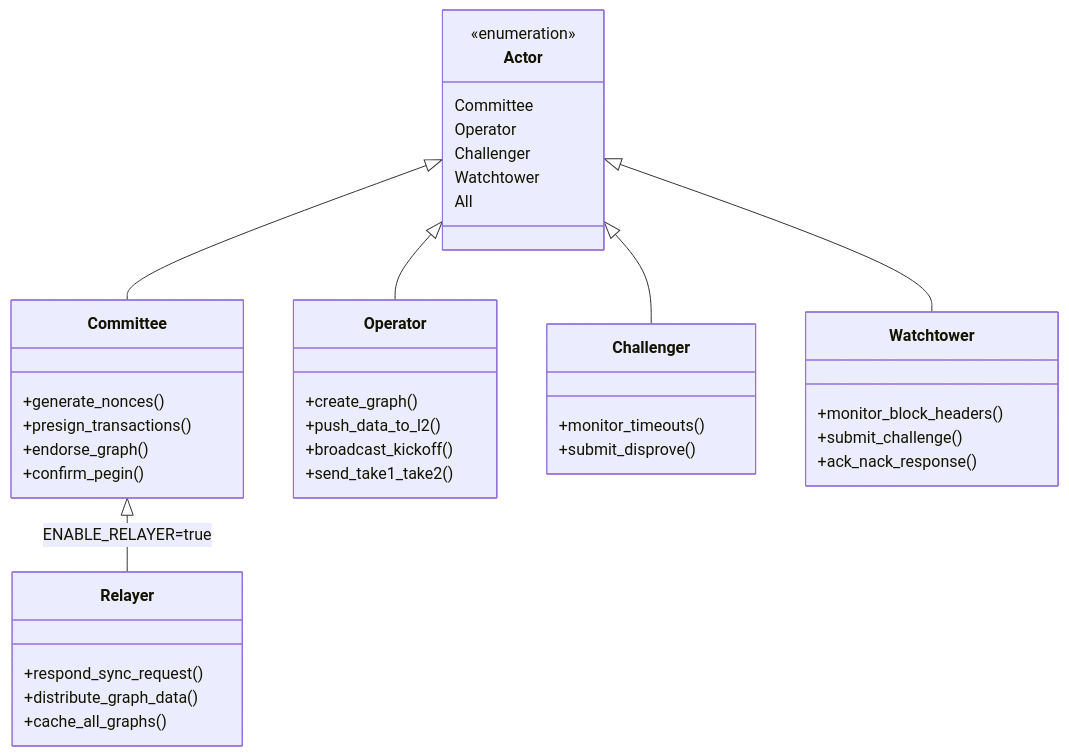
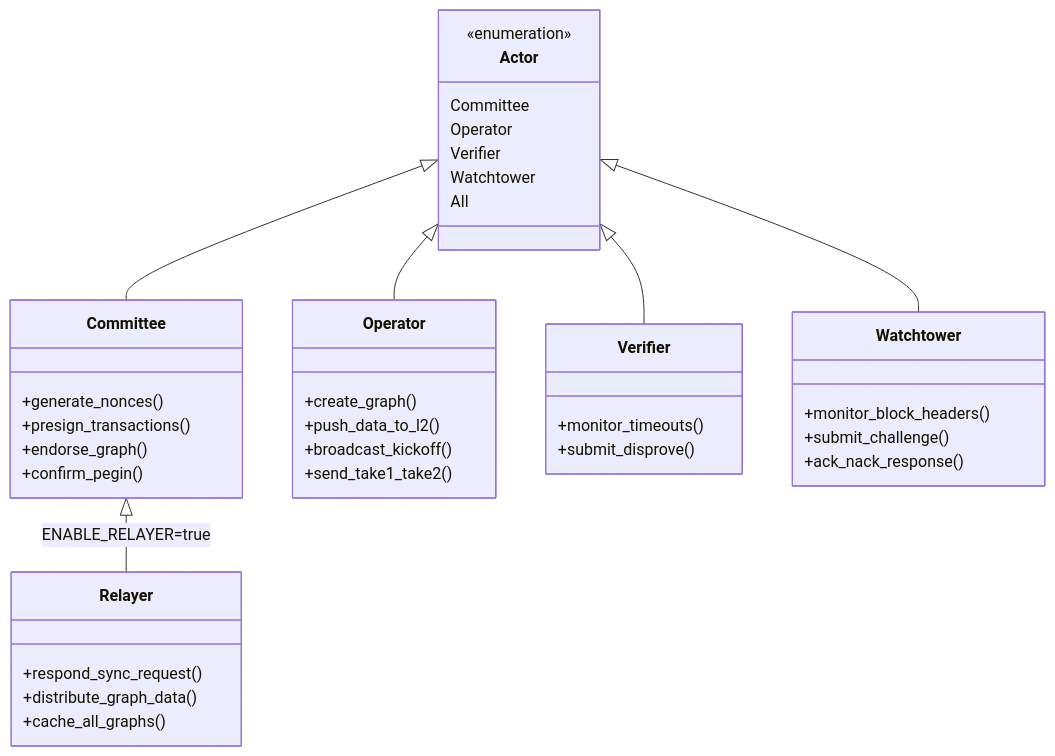
The third of 13 diagrams in node/README.md (KSlashh/bitvm2-node), drawn with Mermaid before and after one commit. The commit also changed other lines of this file and 271 other files, not shown here.

````diff
--- a/node/README.md
+++ b/node/README.md
@@ -142,48 +142,48 @@
 ```mermaid
 classDiagram
     class Actor {
         <<enumeration>>
         Committee
         Operator
-        Challenger
+        Verifier
         Watchtower
         All
     }
 
     class Committee {
         +generate_nonces()
         +presign_transactions()
         +endorse_graph()
         +confirm_pegin()
     }
 
     class Operator {
         +create_graph()
         +push_data_to_l2()
         +broadcast_kickoff()
         +send_take1_take2()
     }
 
-    class Challenger {
+    class Verifier {
         +monitor_timeouts()
         +submit_disprove()
     }
 
     class Watchtower {
         +monitor_block_headers()
         +submit_challenge()
         +ack_nack_response()
     }
 
     class Relayer {
         +respond_sync_request()
         +distribute_graph_data()
         +cache_all_graphs()
     }
 
     Actor <|-- Committee
     Actor <|-- Operator
-    Actor <|-- Challenger
+    Actor <|-- Verifier
     Actor <|-- Watchtower
     Committee <|-- Relayer : ENABLE_RELAYER=true
 ```
````
